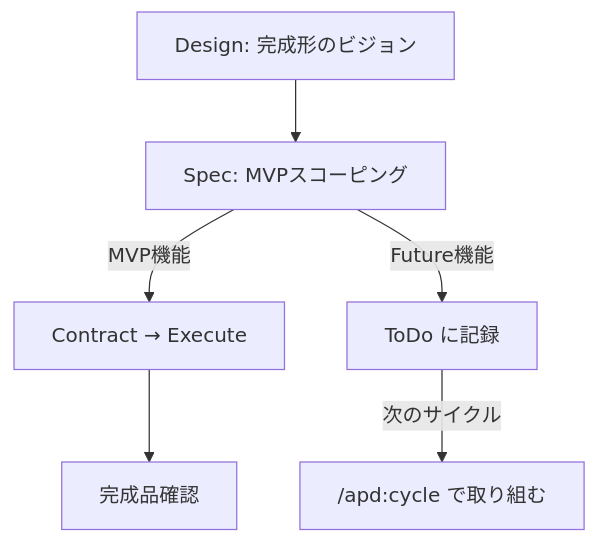
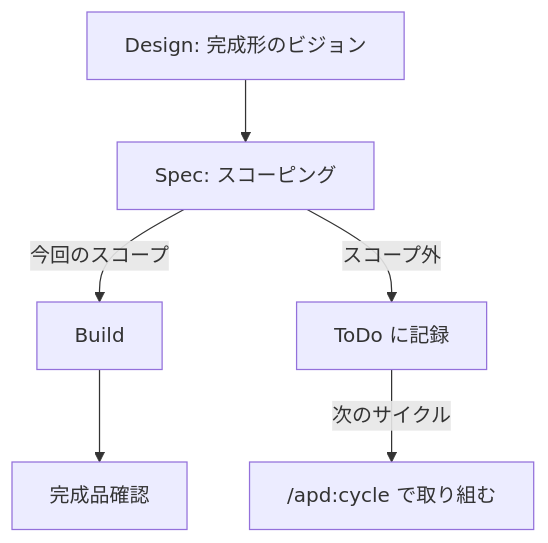
One commit to koyakimu/autopilot-development-boilerplate changed the second of 7 diagrams in APD-FRAMEWORK.md. Above: the diagram before and after it, drawn with Mermaid. The commit also changed other lines of this file and 34 other files, not shown here.

First line of the commit message:
feat!: Contract廃止 — Phase 2 (Contract) と Phase 3 (Execute) を Phase 2 (Build) に統合

````diff
--- a/APD-FRAMEWORK.md
+++ b/APD-FRAMEWORK.md
@@ -44,8 +43,8 @@
 ```mermaid
 graph TD
-    A[Design: 完成形のビジョン] --> B[Spec: MVPスコーピング]
-    B -->|MVP機能| C[Contract → Execute]
-    B -->|Future機能| D[ToDo に記録]
+    A[Design: 完成形のビジョン] --> B[Spec: スコーピング]
+    B -->|今回のスコープ| C[Build]
+    B -->|スコープ外| D[ToDo に記録]
     C --> E[完成品確認]
     D -->|次のサイクル| F["/apd:cycle で取り組む"]
 ```
````
